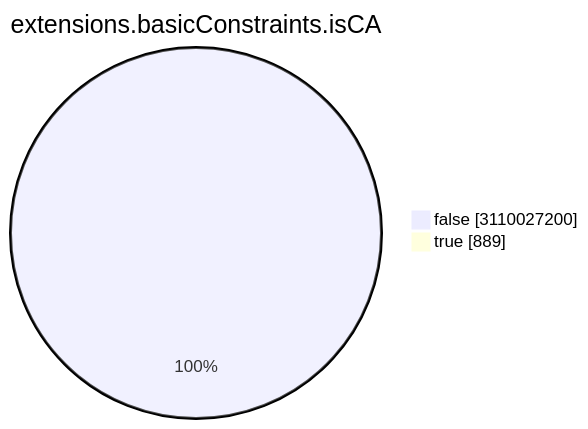
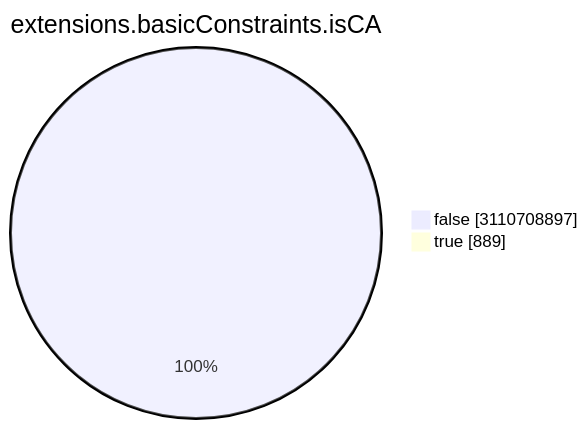
One commit to christiankrug/ctmonitor_visualization changed the seventh of 15 diagrams in TOTAL/README.md. Above: the diagram before and after it, drawn with Mermaid. The commit also changed other lines of this file, not shown here.

````diff
--- a/TOTAL/README.md
+++ b/TOTAL/README.md
@@ -3086,6 +3086,6 @@
 ```mermaid
 pie showData
 title extensions.basicConstraints.isCA
-"false" :3110027200
+"false" :3110708897
 "true" :889
 ```
````
